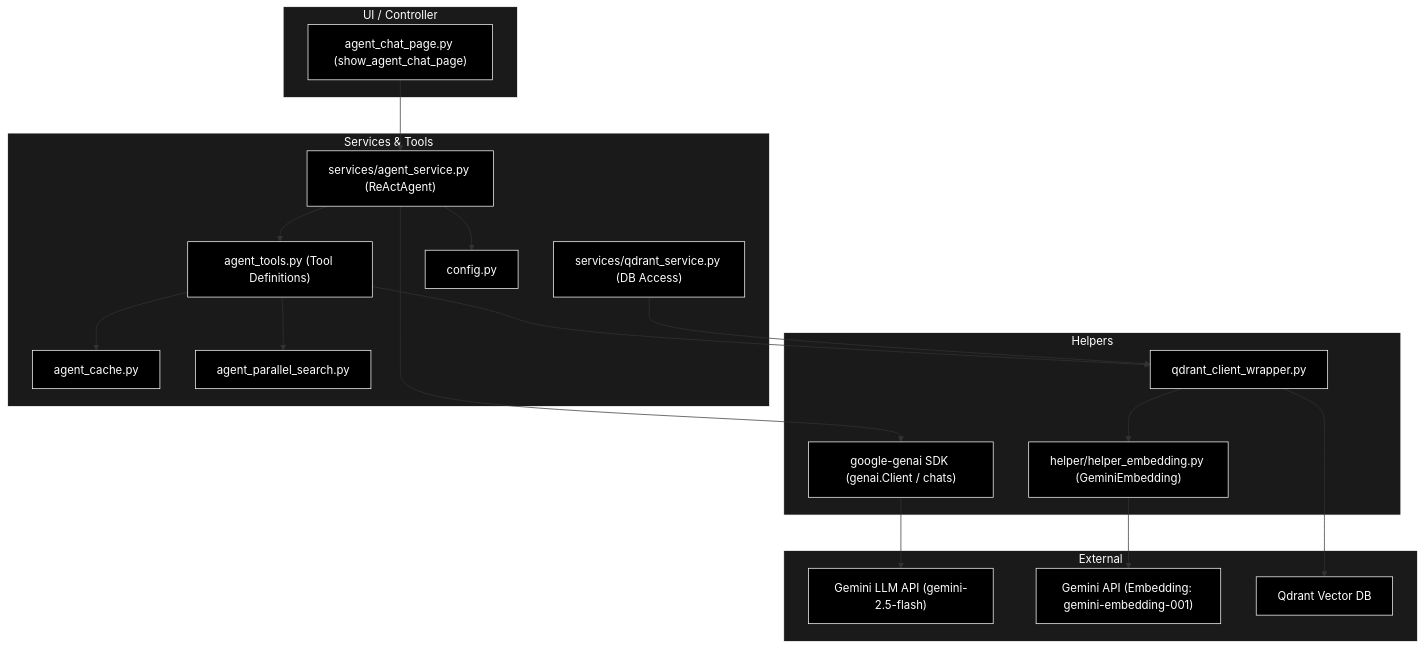
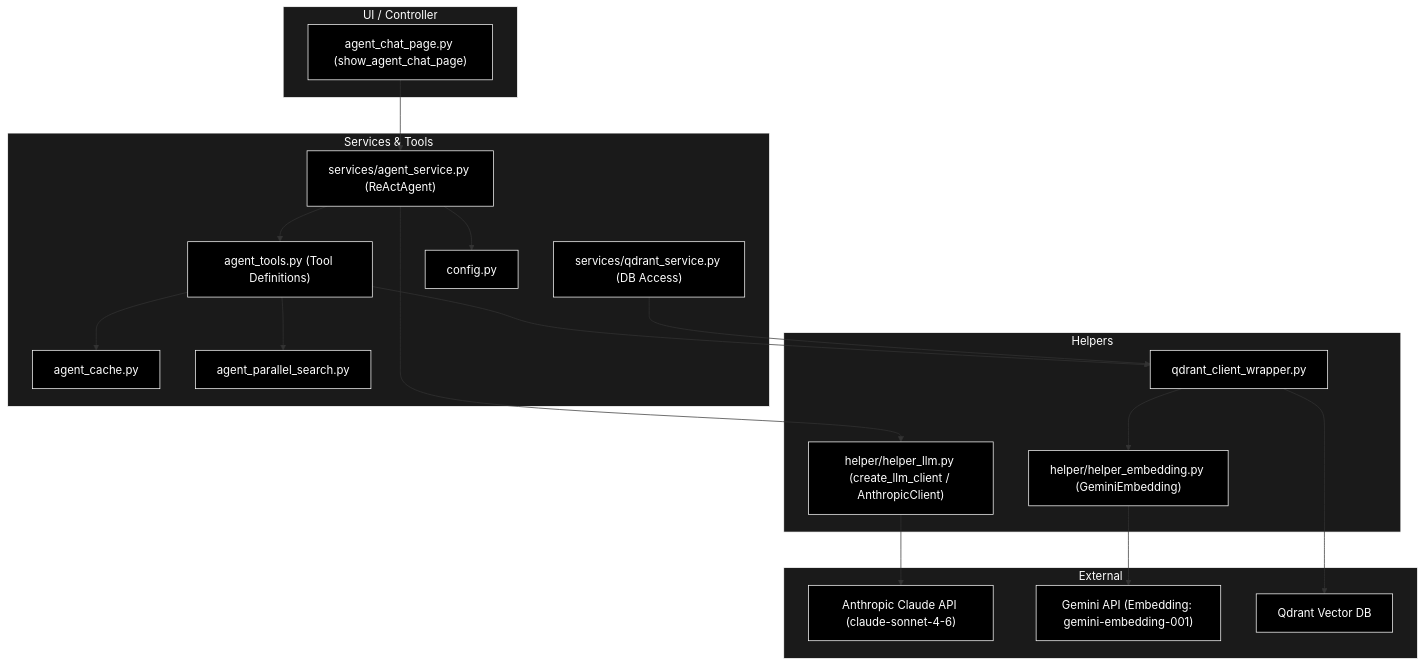
Before and after one commit to nakashima2toshio/anthropic_grace_agent_v2: the tenth of 10 diagrams in readme_react_reflection.md, drawn with Mermaid. The commit also changed other lines of this file, not shown here.

First line of the commit message:
docs: readme_react_reflection.md を Anthropic ネイティブに全面改修

````diff
--- a/readme_react_reflection.md
+++ b/readme_react_reflection.md
@@ -1037,47 +1037,47 @@
 ```mermaid
 graph TD
     subgraph UI_Layer ["UI / Controller"]
         AgentPage["agent_chat_page.py (show_agent_chat_page)"]
     end
 
     subgraph Service_Layer ["Services & Tools"]
         AgentSvc["services/agent_service.py (ReActAgent)"]
         Tools["agent_tools.py (Tool Definitions)"]
         Cache["agent_cache.py"]
         Parallel["agent_parallel_search.py"]
         QdrantSvc["services/qdrant_service.py (DB Access)"]
         Config["config.py"]
     end
 
     subgraph Helper_Layer ["Helpers"]
-        GenAI["google-genai SDK (genai.Client / chats)"]
+        LLMHelper["helper/helper_llm.py (create_llm_client / AnthropicClient)"]
         HelperEmbed["helper/helper_embedding.py (GeminiEmbedding)"]
         Wrapper["qdrant_client_wrapper.py"]
     end
 
     subgraph External_API ["External"]
-        GeminiLLM["Gemini LLM API (gemini-2.5-flash)"]
+        ClaudeLLM["Anthropic Claude API (claude-sonnet-4-6)"]
         Gemini["Gemini API (Embedding: gemini-embedding-001)"]
         QdrantDB["Qdrant Vector DB"]
     end
 
     AgentPage --> AgentSvc
     AgentSvc --> Tools
-    AgentSvc --> GenAI
+    AgentSvc --> LLMHelper
     AgentSvc --> Config
     Tools --> Cache
     Tools --> Parallel
     Tools --> Wrapper
     Wrapper --> HelperEmbed
-    GenAI --> GeminiLLM
+    LLMHelper --> ClaudeLLM
     HelperEmbed --> Gemini
     Wrapper --> QdrantDB
     QdrantSvc --> Wrapper
 classDef default fill:#000,stroke:#fff,color:#fff
 classDef subgraphStyle fill:#1a1a1a,stroke:#fff,color:#fff
-class AgentPage,AgentSvc,Tools,Cache,Parallel,QdrantSvc,Config,GenAI,HelperEmbed,Wrapper,GeminiLLM,Gemini,QdrantDB default
+class AgentPage,AgentSvc,Tools,Cache,Parallel,QdrantSvc,Config,LLMHelper,HelperEmbed,Wrapper,ClaudeLLM,Gemini,QdrantDB default
 style UI_Layer fill:#1a1a1a,stroke:#fff,color:#fff
 style Service_Layer fill:#1a1a1a,stroke:#fff,color:#fff
 style Helper_Layer fill:#1a1a1a,stroke:#fff,color:#fff
 style External_API fill:#1a1a1a,stroke:#fff,color:#fff
 ```
````
